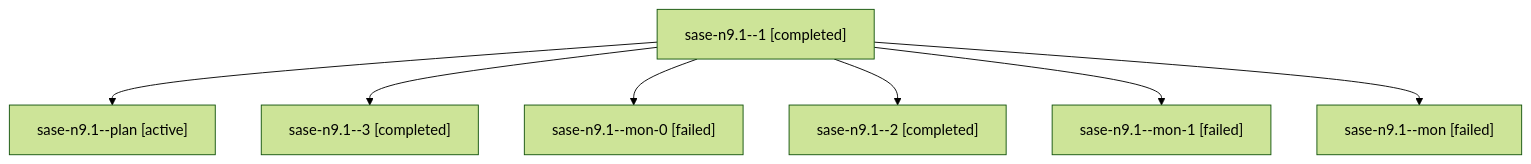
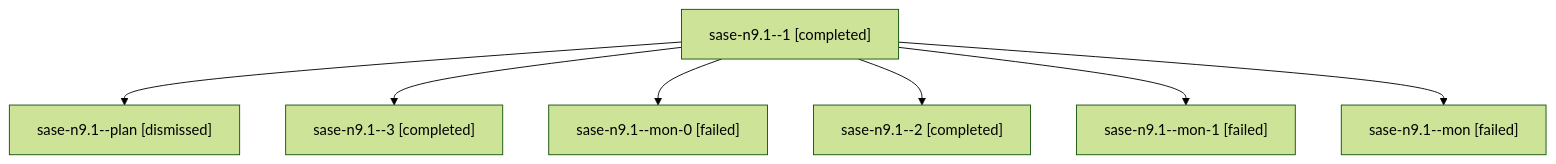
The diagram in sessions/bbugyi200.athena.sase-n9.1.md (sase-org/sase--agents), drawn with Mermaid (forest theme) before and after one commit. The commit also changed other lines of this file and 219 other files, not shown here.

````diff
--- a/sessions/bbugyi200.athena.sase-n9.1.md
+++ b/sessions/bbugyi200.athena.sase-n9.1.md
@@ -9,16 +9,16 @@
 ```mermaid
 flowchart TD
   n0["sase-n9.1--1 [completed]"]
-  n1["sase-n9.1--plan [active]"]
+  n1["sase-n9.1--plan [dismissed]"]
   n0 --> n1
   n2["sase-n9.1--3 [completed]"]
   n0 --> n2
   n3["sase-n9.1--mon-0 [failed]"]
   n0 --> n3
   n4["sase-n9.1--2 [completed]"]
   n0 --> n4
   n5["sase-n9.1--mon-1 [failed]"]
   n0 --> n5
   n6["sase-n9.1--mon [failed]"]
   n0 --> n6
 ```
````
